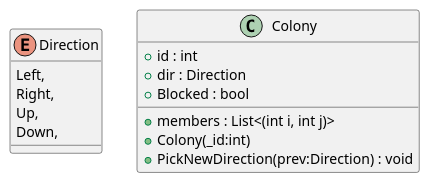
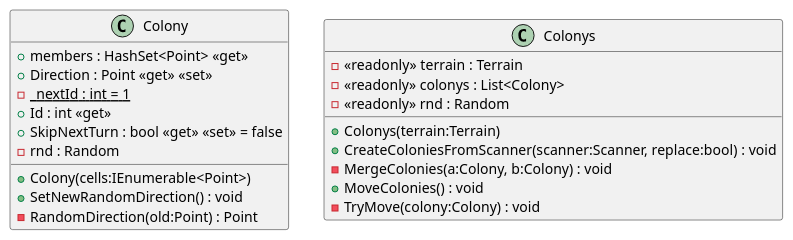
One commit to Margaritca2008/MyProjectOOP changed the diagram in WinFormsApp2/uml/allInOne.puml/Colony.puml. Above: the diagram before and after it, drawn with PlantUML. The commit also changed 11 other files, not shown here.

```diff
--- a/WinFormsApp2/uml/allInOne.puml/Colony.puml
+++ b/WinFormsApp2/uml/allInOne.puml/Colony.puml
@@ -1,16 +1,23 @@
 @startuml
-enum Direction {
-    Left,
-    Right,
-    Up,
-    Down,
+class Colony {
+    + members : HashSet<Point> <<get>>
+    + Direction : Point <<get>> <<set>>
+    - {static} _nextId : int = 1
+    + Id : int <<get>>
+    + SkipNextTurn : bool <<get>> <<set>> = false
+    - rnd : Random
+    + Colony(cells:IEnumerable<Point>)
+    + SetNewRandomDirection() : void
+    - RandomDirection(old:Point) : Point
 }
-class Colony {
-    + id : int
-    + members : List<(int i, int j)>
-    + dir : Direction
-    + Blocked : bool
-    + Colony(_id:int)
-    + PickNewDirection(prev:Direction) : void
+class Colonys {
+    - <<readonly>> terrain : Terrain
+    - <<readonly>> colonys : List<Colony>
+    - <<readonly>> rnd : Random
+    + Colonys(terrain:Terrain)
+    + CreateColoniesFromScanner(scanner:Scanner, replace:bool) : void
+    - MergeColonies(a:Colony, b:Colony) : void
+    + MoveColonies() : void
+    - TryMove(colony:Colony) : void
 }
 @enduml
```
